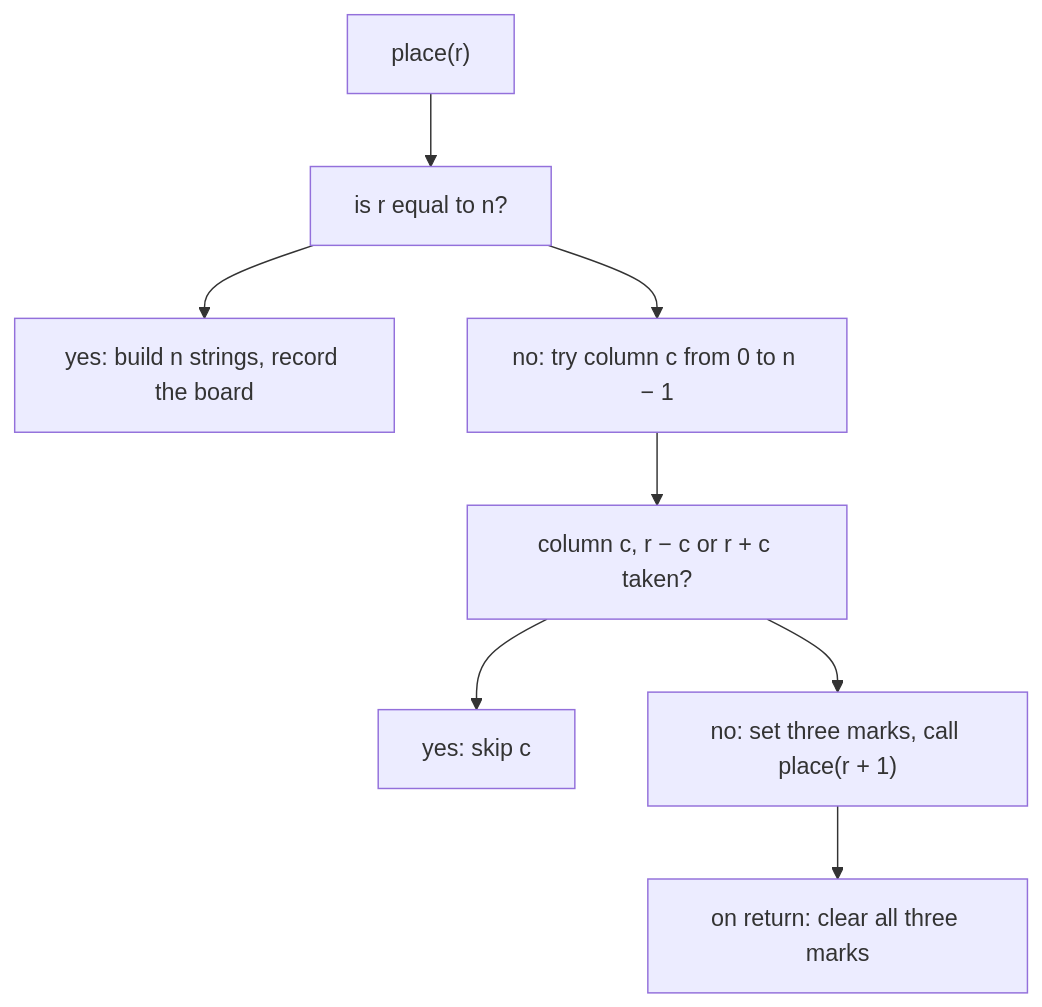
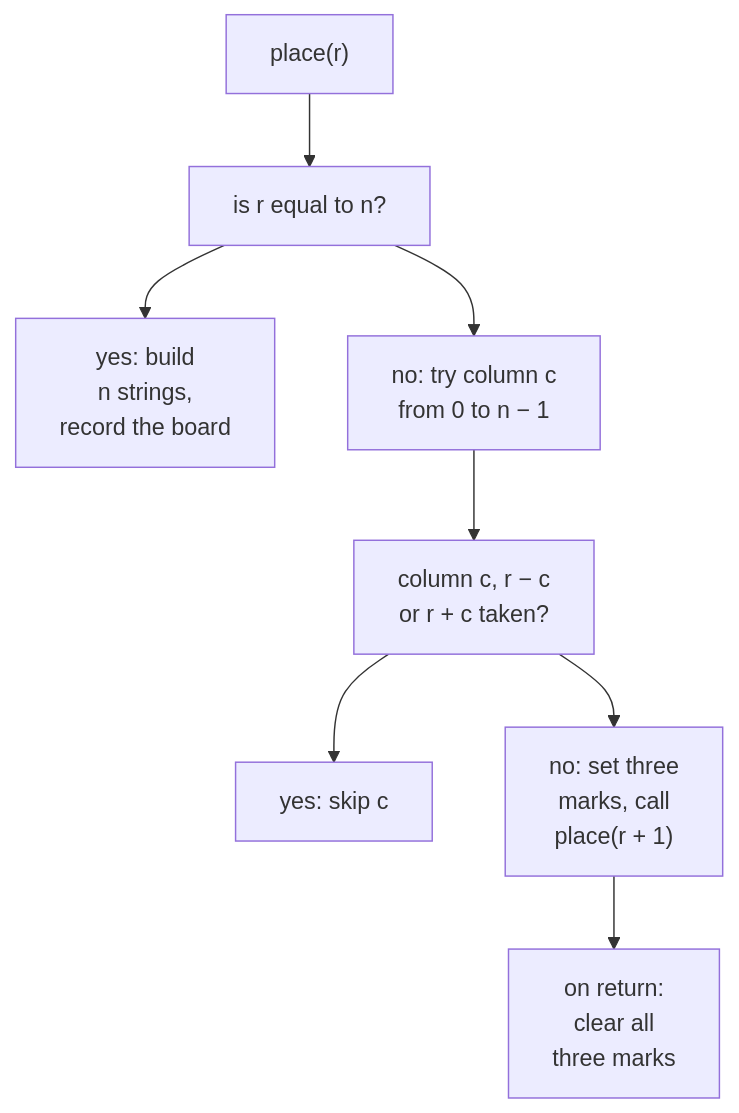
One commit to duongbui234/software-engineering-atlas changed the second of 2 diagrams in content/en/problems/n-queens.md. Above: the diagram before and after it, drawn with Mermaid. The commit also changed 134 other files, not shown here.

First line of the commit message:
Fit every Mermaid diagram at 390px without sideways scroll (#56)

````diff
--- a/content/en/problems/n-queens.md
+++ b/content/en/problems/n-queens.md
@@ -95,16 +95,16 @@
 ```mermaid
 flowchart TB
   P["place(r)"]
   Q["is r equal to n?"]
-  W["yes: build n strings, record the board"]
-  L["no: try column c from 0 to n − 1"]
-  X["column c, r − c or r + c taken?"]
+  W["yes: build<br/>n strings,<br/>record the board"]
+  L["no: try column c<br/>from 0 to n − 1"]
+  X["column c, r − c<br/>or r + c taken?"]
   S["yes: skip c"]
-  M["no: set three marks, call place(r + 1)"]
-  U["on return: clear all three marks"]
+  M["no: set three<br/>marks, call<br/>place(r + 1)"]
+  U["on return:<br/>clear all<br/>three marks"]
   P --> Q
   Q --> W
   Q --> L --> X
   X --> S
   X --> M --> U
 ```
````
